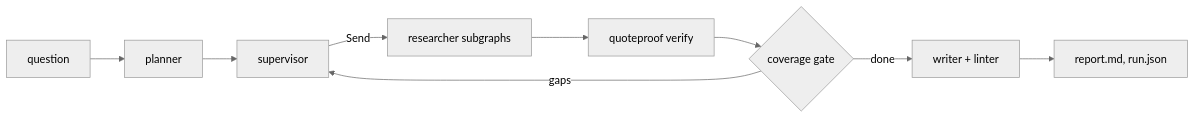
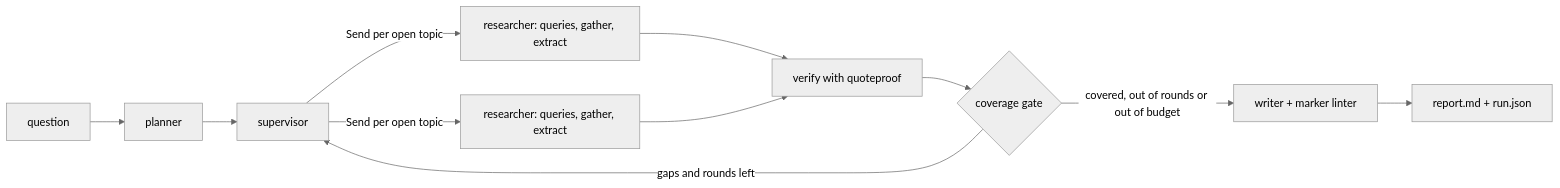
Before and after one commit to sathwikbairaboina2/deep-research: the diagram in docs/DEVDOCS.md, drawn with Mermaid (neutral theme). The commit also changed other lines of this file and 2 other files, not shown here.

````diff
--- a/docs/DEVDOCS.md
+++ b/docs/DEVDOCS.md
@@ -27,8 +43,13 @@
 ```mermaid
 flowchart LR
-    Q[question] --> P[planner] --> S[supervisor]
-    S -- Send --> R[researcher subgraphs]
-    R --> V[quoteproof verify] --> G{coverage gate}
-    G -- gaps --> S
-    G -- done --> W[writer + linter] --> O[report.md, run.json]
+    Q[question] --> P[planner]
+    P --> S[supervisor]
+    S -- "Send per open topic" --> R1[researcher: queries, gather, extract]
+    S -- "Send per open topic" --> R2[researcher: queries, gather, extract]
+    R1 --> V[verify with quoteproof]
+    R2 --> V
+    V --> G{coverage gate}
+    G -- "gaps and rounds left" --> S
+    G -- "covered, out of rounds or out of budget" --> W[writer + marker linter]
+    W --> O[report.md + run.json]
 ```
````
